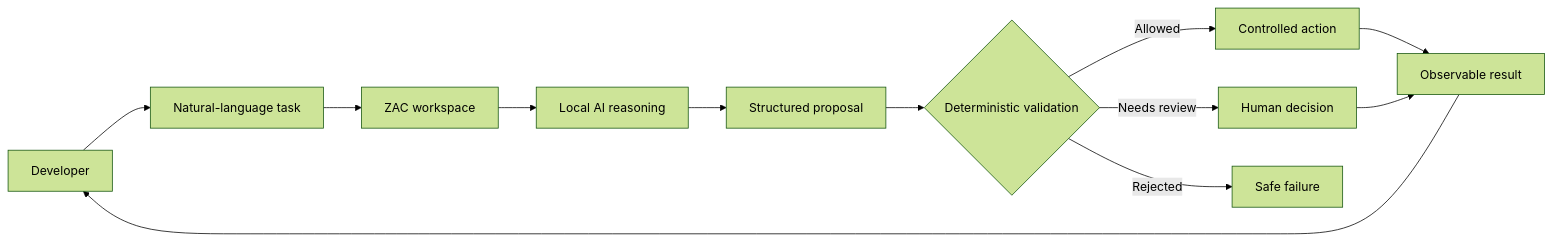
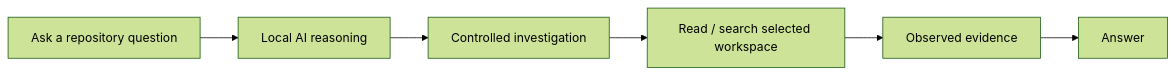
Before and after one commit to wilderruiz/zac_project: the first of 3 diagrams in README.md, drawn with Mermaid (forest theme). The commit also changed other lines of this file, not shown here.

```diff
--- a/README.md
+++ b/README.md
@@ -25,17 +60,8 @@
 ~~~mermaid
 flowchart LR
-    U[Developer] --> Q[Natural-language task]
-    Q --> Z[ZAC workspace]
-
-    Z --> L[Local AI reasoning]
-    L --> P[Structured proposal]
-
-    P --> V{Deterministic validation}
-    V -->|Allowed| A[Controlled action]
-    V -->|Needs review| H[Human decision]
-    V -->|Rejected| R[Safe failure]
-
-    A --> O[Observable result]
-    H --> O
-    O --> U
+    A[Ask a repository question] --> B[Local AI reasoning]
+    B --> C[Controlled investigation]
+    C --> D[Read / search selected workspace]
+    D --> E[Observed evidence]
+    E --> F[Answer]
 ~~~
```
